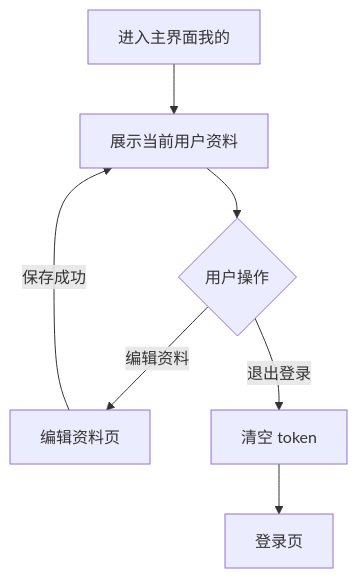
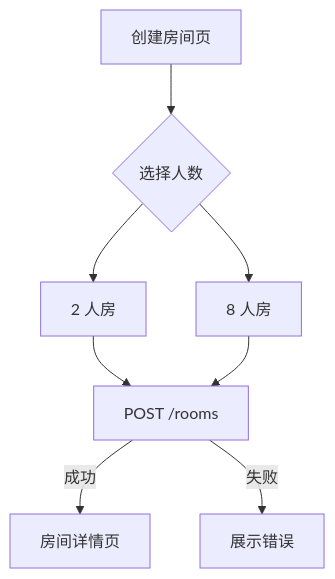
Before and after one commit to DancingCodes/room-app: the fourth of 8 diagrams in docs/客户端逻辑设计.md, drawn with Mermaid. The commit also changed other lines of this file and 9 other files, not shown here.

````diff
--- a/docs/客户端逻辑设计.md
+++ b/docs/客户端逻辑设计.md
@@ -77,9 +67,10 @@
 ```mermaid
 flowchart TD
-    A[进入主界面我的] --> B[展示当前用户资料]
-    B --> C{用户操作}
-    C -- 编辑资料 --> D[编辑资料页]
-    D -- 保存成功 --> B
-    C -- 退出登录 --> E[清空 token]
-    E --> F[登录页]
+    A[创建房间页] --> B{选择人数}
+    B --> C[2 人房]
+    B --> D[8 人房]
+    C --> E[POST /rooms]
+    D --> E
+    E -- 成功 --> F[房间详情页]
+    E -- 失败 --> G[展示错误]
 ```
````
